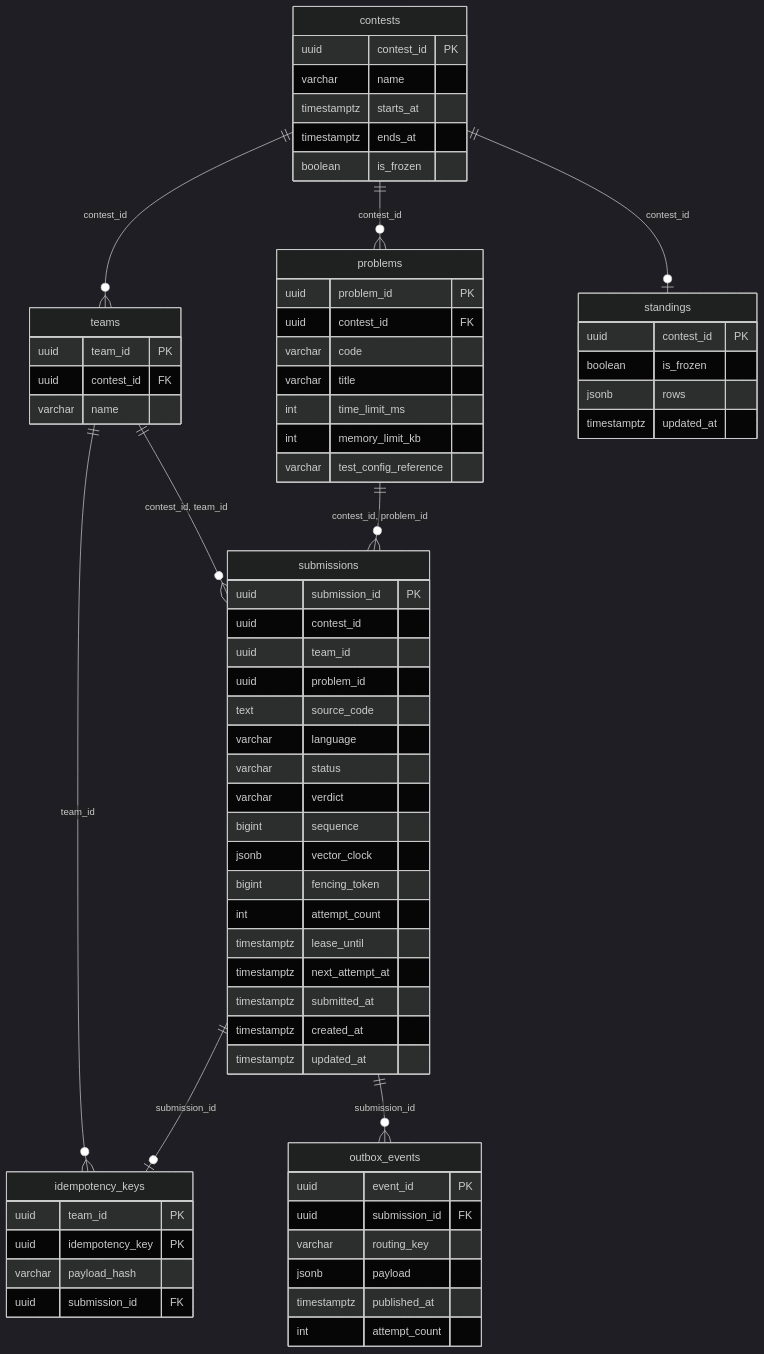
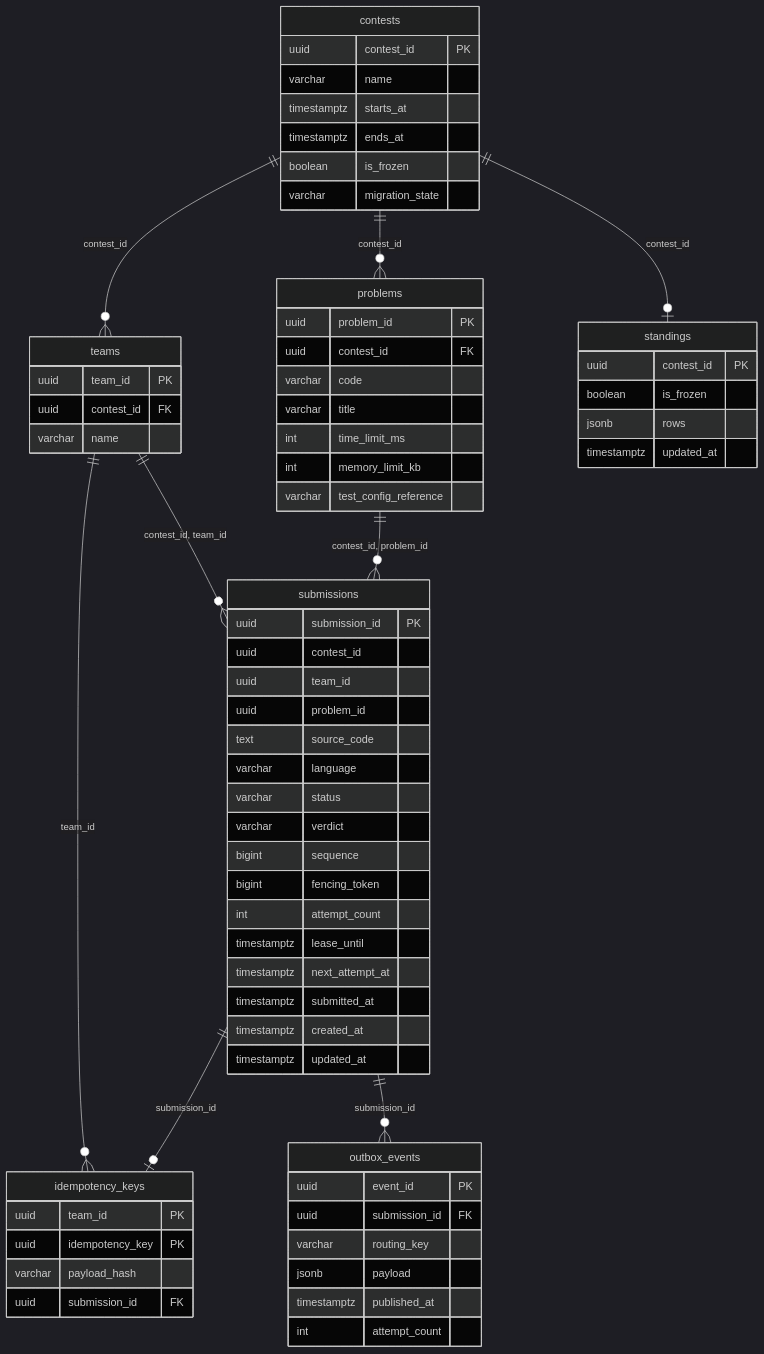
Before and after one commit to spbu-ds-practicum-2026/hotfix: the third of 13 diagrams in docs/tr.md, drawn with Mermaid (dark theme). The commit also changed other lines of this file, not shown here.

````diff
--- a/docs/tr.md
+++ b/docs/tr.md
@@ -253,72 +246,72 @@
 ```mermaid
 erDiagram
   contests ||--o{ teams : "contest_id"
   contests ||--o{ problems : "contest_id"
   contests ||--o| standings : "contest_id"
   teams ||--o{ submissions : "contest_id, team_id"
   problems ||--o{ submissions : "contest_id, problem_id"
   teams ||--o{ idempotency_keys : "team_id"
   submissions ||--o| idempotency_keys : "submission_id"
   submissions ||--o{ outbox_events : "submission_id"
 
   contests {
     uuid contest_id PK
     varchar name
     timestamptz starts_at
     timestamptz ends_at
     boolean is_frozen
+    varchar migration_state
   }
   teams {
     uuid team_id PK
     uuid contest_id FK
     varchar name
   }
   problems {
     uuid problem_id PK
     uuid contest_id FK
     varchar code
     varchar title
     int time_limit_ms
     int memory_limit_kb
     varchar test_config_reference
   }
   submissions {
     uuid submission_id PK
     uuid contest_id
     uuid team_id
     uuid problem_id
     text source_code
     varchar language
     varchar status
     varchar verdict
     bigint sequence
-    jsonb vector_clock
     bigint fencing_token
     int attempt_count
     timestamptz lease_until
     timestamptz next_attempt_at
     timestamptz submitted_at
     timestamptz created_at
     timestamptz updated_at
   }
   idempotency_keys {
     uuid team_id PK
     uuid idempotency_key PK
     varchar payload_hash
     uuid submission_id FK
   }
   outbox_events {
     uuid event_id PK
     uuid submission_id FK
     varchar routing_key
     jsonb payload
     timestamptz published_at
     int attempt_count
   }
   standings {
     uuid contest_id PK
     boolean is_frozen
     jsonb rows
     timestamptz updated_at
   }
 ```
````
